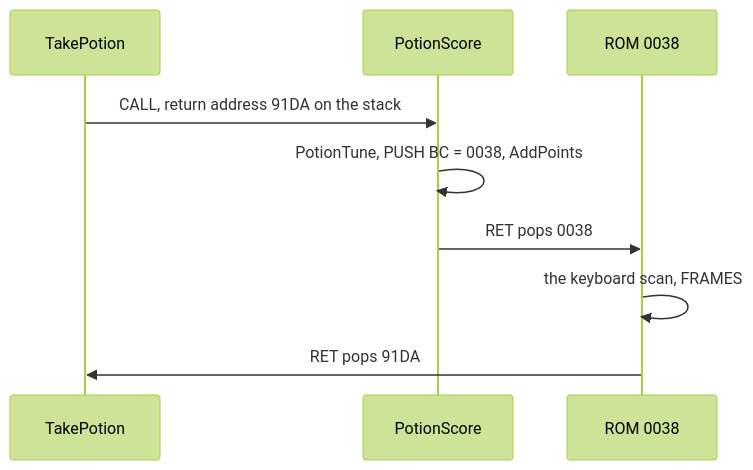
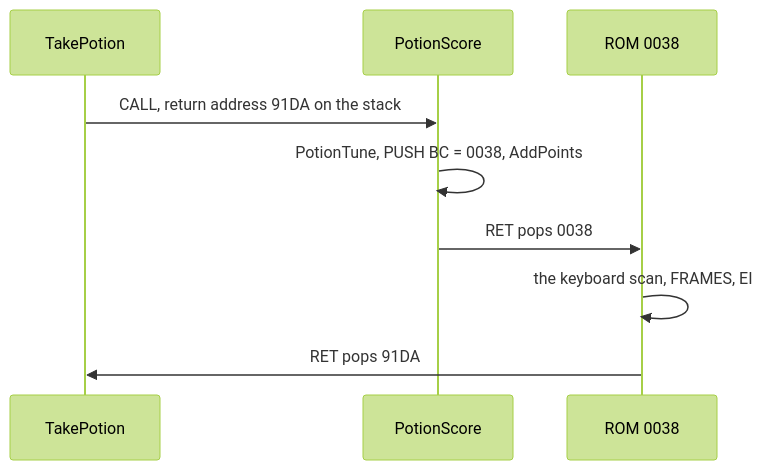
One commit to alfishe/unrealng-reverse-cases changed the tenth of 16 diagrams in games/earth-shaker/docs/10-gameplay-logic.md. Above: the diagram before and after it, drawn with Mermaid (forest theme). The commit also changed other lines of this file and 52 other files, not shown here.

Commit message:
Earth Shaker: review round 1 fixes (jelly bean, stack depth, menu flow, DigInPlace sound, teleport-599 bug, witness counts recounted, bright quarters)

````diff
--- a/games/earth-shaker/docs/10-gameplay-logic.md
+++ b/games/earth-shaker/docs/10-gameplay-logic.md
@@ -839,11 +967,11 @@
 ```mermaid
 sequenceDiagram
     participant TP as TakePotion
     participant PS as PotionScore
     participant ROM as ROM 0038
     TP->>PS: CALL, return address 91DA on the stack
     PS->>PS: PotionTune, PUSH BC = 0038, AddPoints
     PS->>ROM: RET pops 0038
-    ROM->>ROM: the keyboard scan, FRAMES
+    ROM->>ROM: the keyboard scan, FRAMES, EI
     ROM->>TP: RET pops 91DA
 ```
````
